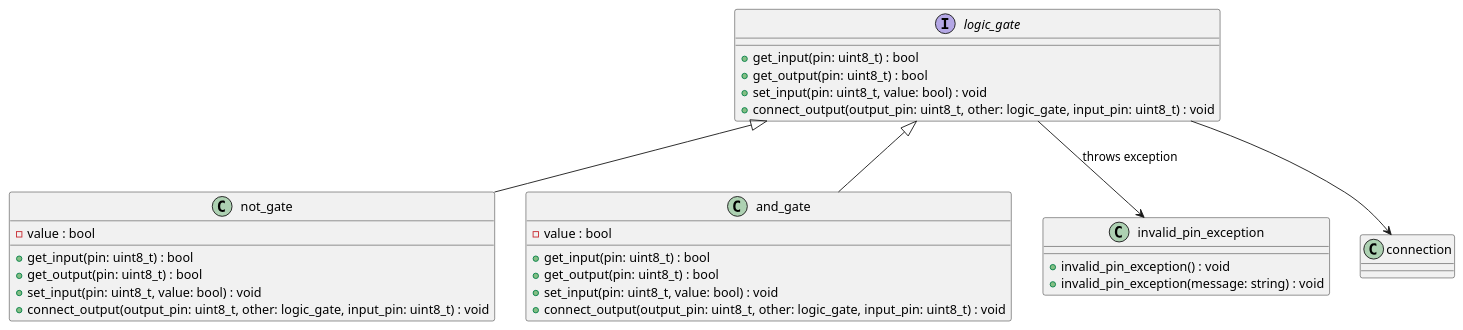
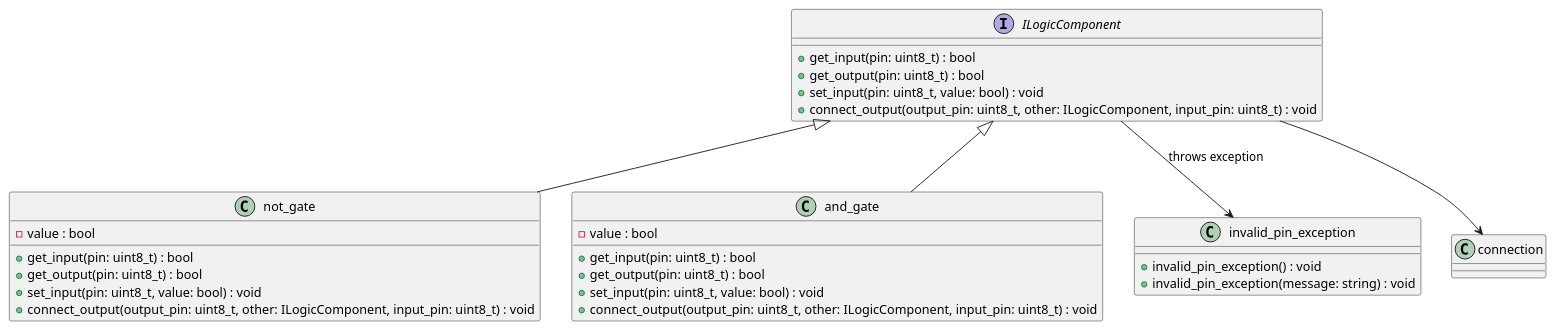
The diagram in Logic_Simulator/diagram/Class.puml (LynnTedjeAnna/OOP_T2), drawn with PlantUML before and after one commit. The commit also changed 17 other files, not shown here.

```diff
--- a/Logic_Simulator/diagram/Class.puml
+++ b/Logic_Simulator/diagram/Class.puml
@@ -1,41 +1,41 @@
 @startuml
-interface logic_gate {
+interface ILogicComponent {
   + get_input(pin: uint8_t) : bool
   + get_output(pin: uint8_t) : bool
   + set_input(pin: uint8_t, value: bool) : void
-  + connect_output(output_pin: uint8_t, other: logic_gate, input_pin: uint8_t) : void
+  + connect_output(output_pin: uint8_t, other: ILogicComponent, input_pin: uint8_t) : void
 }
 
 class not_gate {
   - value : bool
   + get_input(pin: uint8_t) : bool
   + get_output(pin: uint8_t) : bool
   + set_input(pin: uint8_t, value: bool) : void
-  + connect_output(output_pin: uint8_t, other: logic_gate, input_pin: uint8_t) : void
+  + connect_output(output_pin: uint8_t, other: ILogicComponent, input_pin: uint8_t) : void
 }
 
 class and_gate {
   - value : bool
   + get_input(pin: uint8_t) : bool
   + get_output(pin: uint8_t) : bool
   + set_input(pin: uint8_t, value: bool) : void
-  + connect_output(output_pin: uint8_t, other: logic_gate, input_pin: uint8_t) : void
+  + connect_output(output_pin: uint8_t, other: ILogicComponent, input_pin: uint8_t) : void
 }
 
 class invalid_pin_exception {
   + invalid_pin_exception() : void
   + invalid_pin_exception(message: string) : void
 }
 
 class connection{
 }
 
-logic_gate -->  connection
+ILogicComponent -->  connection
 
-logic_gate <|-- not_gate
-logic_gate <|-- and_gate
+ILogicComponent <|-- not_gate
+ILogicComponent <|-- and_gate
 
 
-logic_gate --> invalid_pin_exception : throws exception
+ILogicComponent --> invalid_pin_exception : throws exception
 
 @enduml
```
